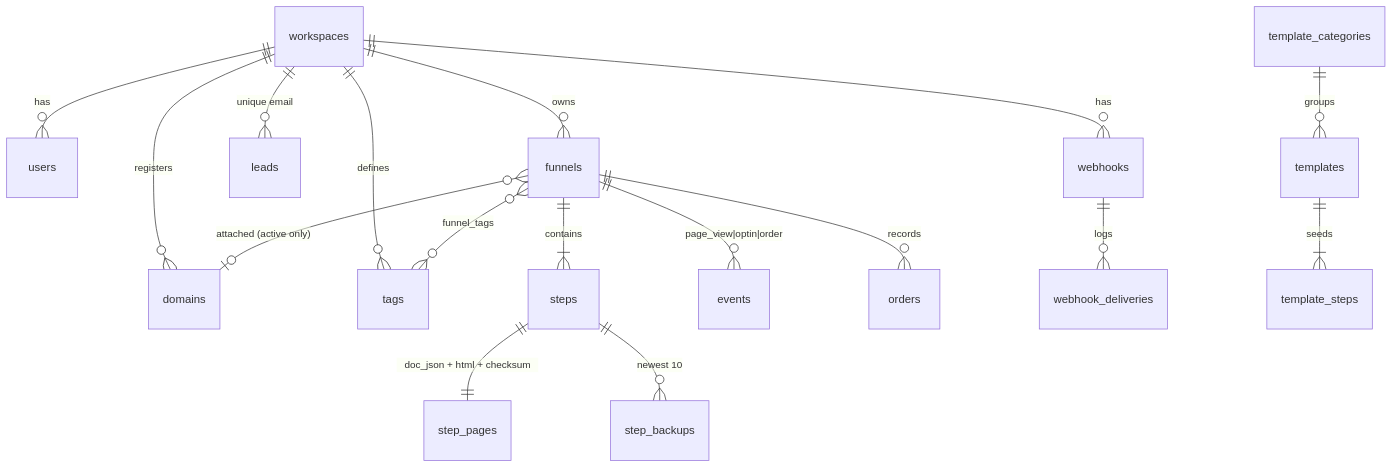
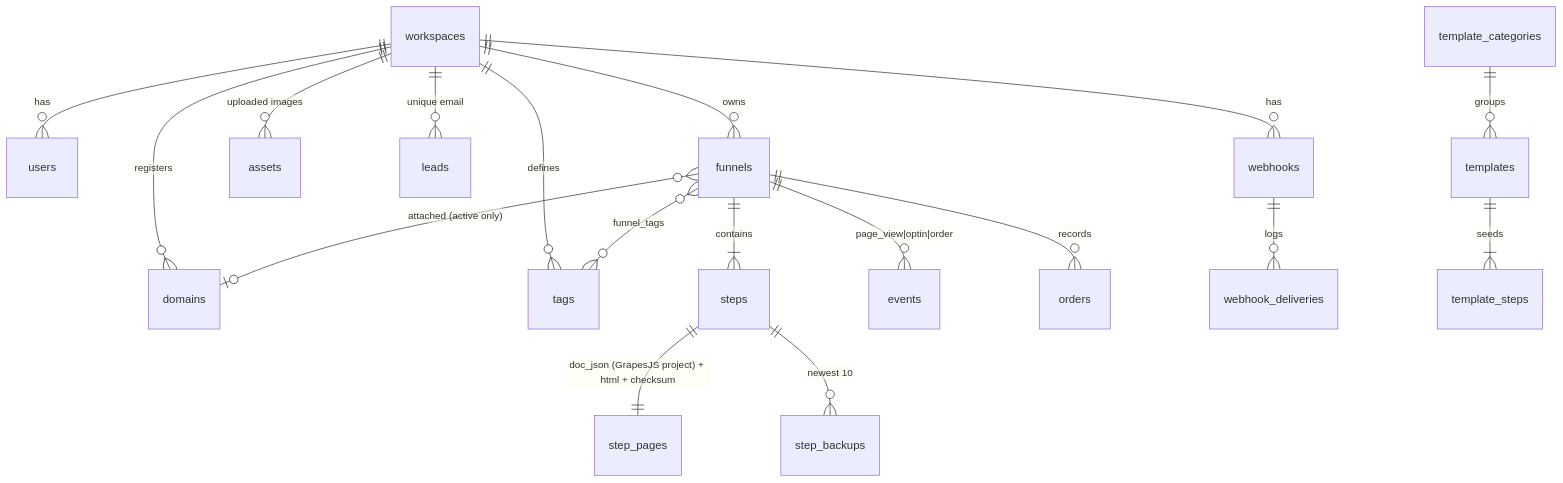
The third of 11 diagrams in docs/ARCHITECTURE.md (VaibhavBansal26/funnels), drawn with Mermaid before and after one commit. The commit also changed other lines of this file and 59 other files, not shown here.

Commit message:
docs: page builder (architecture, ADR 0022, provenance, security, testing, migration, runbook, AI, performance), design system with screenshots

````diff
--- a/docs/ARCHITECTURE.md
+++ b/docs/ARCHITECTURE.md
@@ -50,19 +50,20 @@
 ```mermaid
 erDiagram
   workspaces ||--o{ users : has
   workspaces ||--o{ funnels : owns
   workspaces ||--o{ domains : registers
   workspaces ||--o{ tags : defines
   funnels ||--|{ steps : contains
-  steps ||--|| step_pages : "doc_json + html + checksum"
+  steps ||--|| step_pages : "doc_json (GrapesJS project) + html + checksum"
+  workspaces ||--o{ assets : "uploaded images"
   steps ||--o{ step_backups : "newest 10"
   funnels }o--o{ tags : funnel_tags
   funnels }o--o| domains : "attached (active only)"
   funnels ||--o{ events : "page_view|optin|order"
   funnels ||--o{ orders : records
   workspaces ||--o{ leads : "unique email"
   workspaces ||--o{ webhooks : has
   webhooks ||--o{ webhook_deliveries : logs
   templates ||--|{ template_steps : seeds
   template_categories ||--o{ templates : groups
 ```
````
